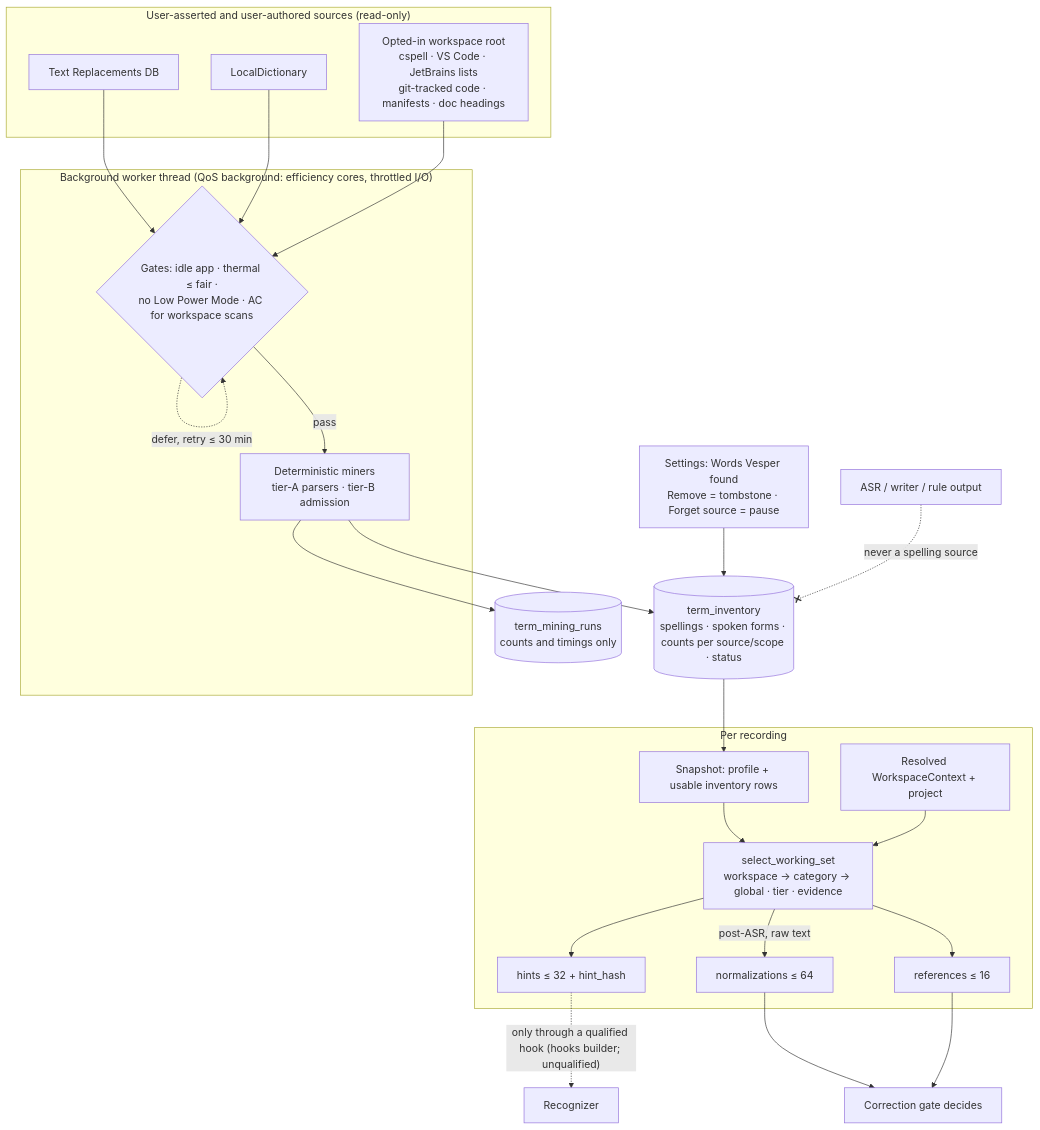
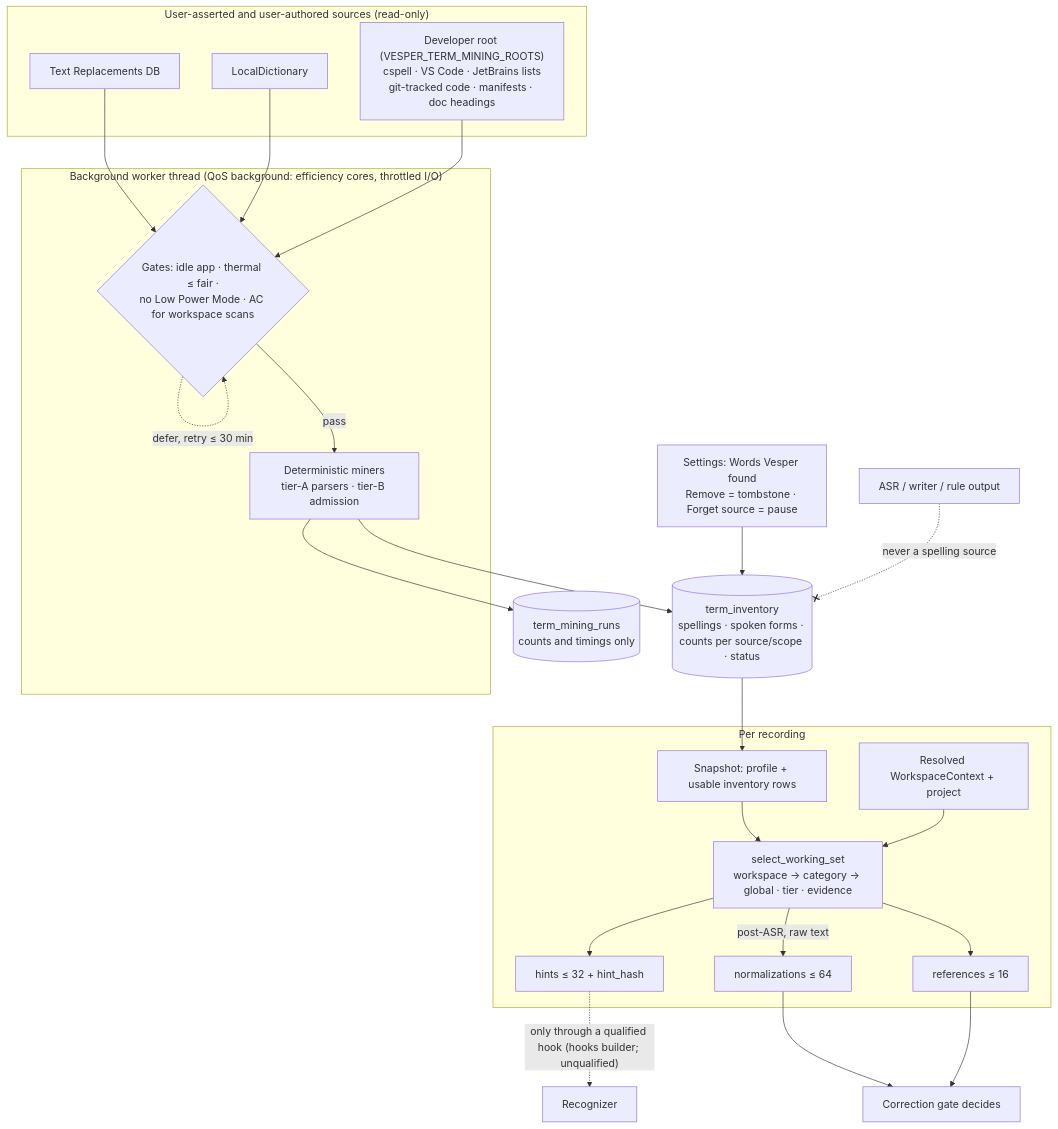
Before and after one commit to rahulsharmavishwakarma/vesper: the diagram in docs/personalization/term-inventory.md, drawn with Mermaid. The commit also changed other lines of this file and 14 other files, not shown here.

````diff
--- a/docs/personalization/term-inventory.md
+++ b/docs/personalization/term-inventory.md
@@ -7,32 +7,32 @@
 ```mermaid
 flowchart TB
   subgraph Sources["User-asserted and user-authored sources (read-only)"]
     TR["Text Replacements DB"]
     LD["LocalDictionary"]
-    WS["Opted-in workspace root<br/>cspell · VS Code · JetBrains lists<br/>git-tracked code · manifests · doc headings"]
+    WS["Developer root (VESPER_TERM_MINING_ROOTS)<br/>cspell · VS Code · JetBrains lists<br/>git-tracked code · manifests · doc headings"]
   end
   subgraph Worker["Background worker thread (QoS background: efficiency cores, throttled I/O)"]
     G{"Gates: idle app · thermal ≤ fair ·<br/>no Low Power Mode · AC for workspace scans"}
     M["Deterministic miners<br/>tier-A parsers · tier-B admission"]
   end
   TR --> G
   LD --> G
   WS --> G
   G -->|pass| M
   G -.->|defer, retry ≤ 30 min| G
   M --> INV[("term_inventory<br/>spellings · spoken forms · counts per source/scope · status")]
   M --> LOG[("term_mining_runs<br/>counts and timings only")]
   UI["Settings: Words Vesper found<br/>Remove = tombstone · Forget source = pause"] --> INV
   subgraph Dictation["Per recording"]
     SNAP["Snapshot: profile + usable inventory rows"] --> SEL["select_working_set<br/>workspace → category → global · tier · evidence"]
     WSC["Resolved WorkspaceContext + project"] --> SEL
     SEL --> HINTS["hints ≤ 32 + hint_hash"]
     SEL --> REFS["references ≤ 16"]
     SEL -->|post-ASR, raw text| NORM["normalizations ≤ 64"]
   end
   INV --> SNAP
   HINTS -.->|"only through a qualified hook (hooks builder; unqualified)"| ASR["Recognizer"]
   NORM --> GATE["Correction gate decides"]
   REFS --> GATE
   ASRTEXT["ASR / writer / rule output"] -.-x|never a spelling source| INV
 ```
````
